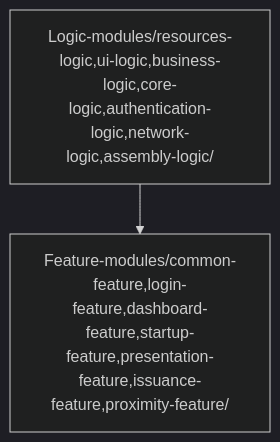
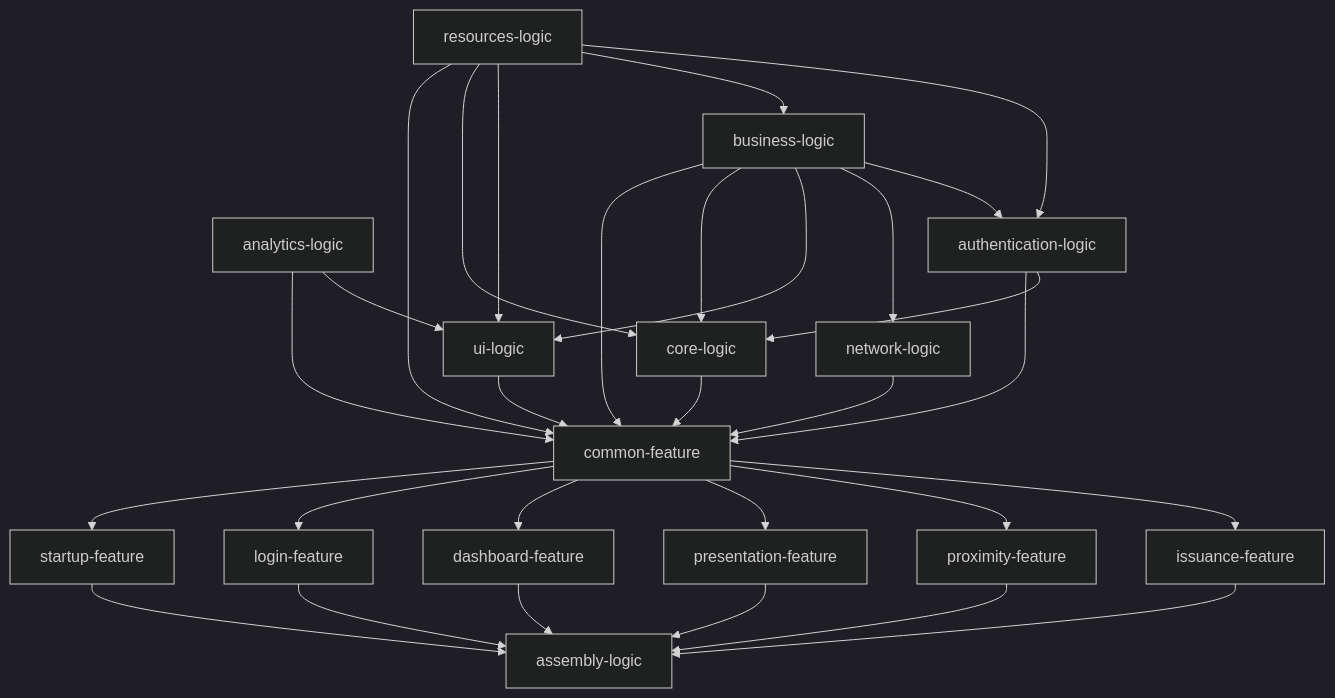
Before and after one commit to eu-digital-identity-wallet/eudi-app-android-wallet-ui: the diagram in README.md, drawn with Mermaid (dark theme).

Commit message:
[fix] updated readme file

````diff
--- a/README.md
+++ b/README.md
@@ -190,4 +190,39 @@
 ```mermaid
 graph TD;
-    Logic-modules/resources-logic,ui-logic,business-logic,core-logic,authentication-logic,network-logic,assembly-logic/-->Feature-modules/common-feature,login-feature,dashboard-feature,startup-feature,presentation-feature,issuance-feature,proximity-feature/;
+  startup-feature --> assembly-logic
+  login-feature --> assembly-logic
+  dashboard-feature --> assembly-logic
+  presentation-feature --> assembly-logic
+  proximity-feature --> assembly-logic
+  issuance-feature --> assembly-logic
+
+  common-feature --> startup-feature
+  common-feature --> login-feature
+  common-feature --> dashboard-feature
+  common-feature --> presentation-feature
+  common-feature --> proximity-feature
+  common-feature --> issuance-feature
+
+  business-logic -->common-feature
+  ui-logic -->common-feature
+  network-logic -->common-feature
+  resources-logic -->common-feature
+  analytics-logic -->common-feature 
+  authentication-logic -->common-feature 
+  core-logic -->common-feature 
+
+  business-logic -->core-logic
+  resources-logic -->core-logic
+  authentication-logic -->core-logic
+
+  business-logic -->ui-logic
+  resources-logic -->ui-logic
+  analytics-logic -->ui-logic
+
+  business-logic -->network-logic
+
+  resources-logic -->business-logic
+
+  resources-logic --> authentication-logic
+  business-logic --> authentication-logic
 ```
````
